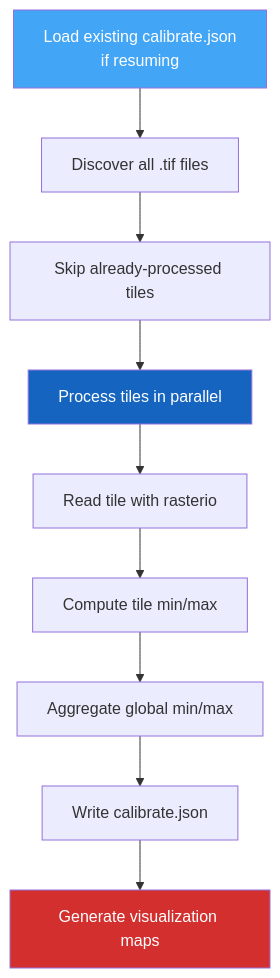
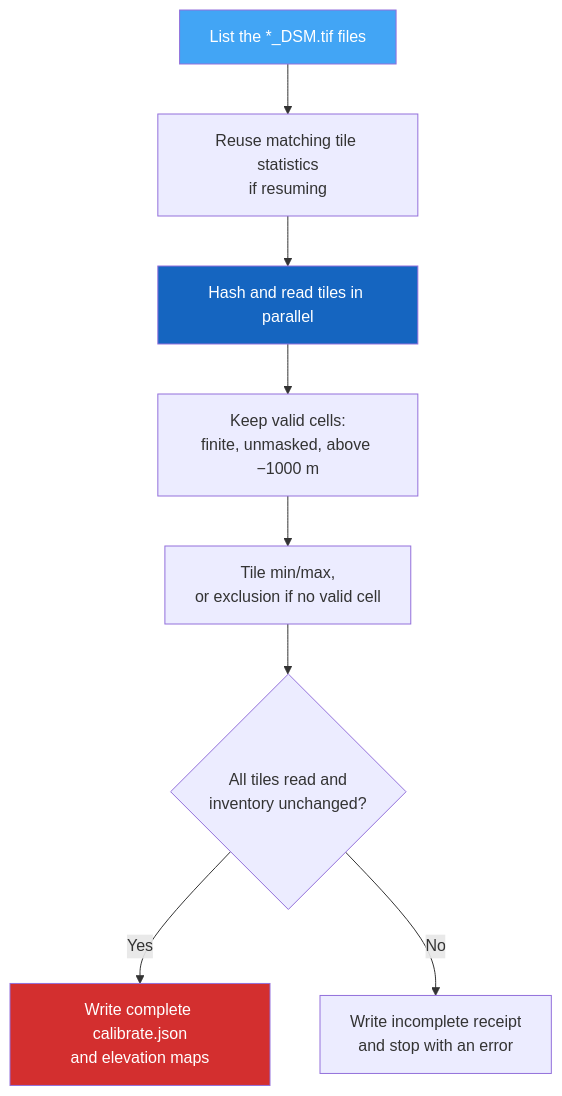
The diagram in docs/guide/calibrate.md (ThalesGroup/passage), drawn with Mermaid before and after one commit. The commit also changed other lines of this file and 69 other files, not shown here.

````diff
--- a/docs/guide/calibrate.md
+++ b/docs/guide/calibrate.md
@@ -60,15 +73,14 @@
 ```mermaid
 flowchart TD
-    A[Load existing calibrate.json\nif resuming] --> B[Discover all .tif files]
-    B --> C[Skip already-processed tiles]
-    C --> D[Process tiles in parallel]
-    D --> E[Read tile with rasterio]
-    E --> F[Compute tile min/max]
-    F --> G[Aggregate global min/max]
-    G --> H[Write calibrate.json]
-    H --> I[Generate visualization maps]
+    A[List the *_DSM.tif files] --> B[Reuse matching tile statistics<br>if resuming]
+    B --> C[Hash and read tiles in parallel]
+    C --> D[Keep valid cells:<br>finite, unmasked, above −1000 m]
+    D --> E[Tile min/max,<br>or exclusion if no valid cell]
+    E --> F{All tiles read and<br>inventory unchanged?}
+    F -->|Yes| G[Write complete calibrate.json<br>and elevation maps]
+    F -->|No| H[Write incomplete receipt<br>and stop with an error]
 
     style A fill:#42A5F5,color:#fff
-    style D fill:#1565C0,color:#fff
-    style I fill:#D32F2F,color:#fff
+    style C fill:#1565C0,color:#fff
+    style G fill:#D32F2F,color:#fff
 ```
````
